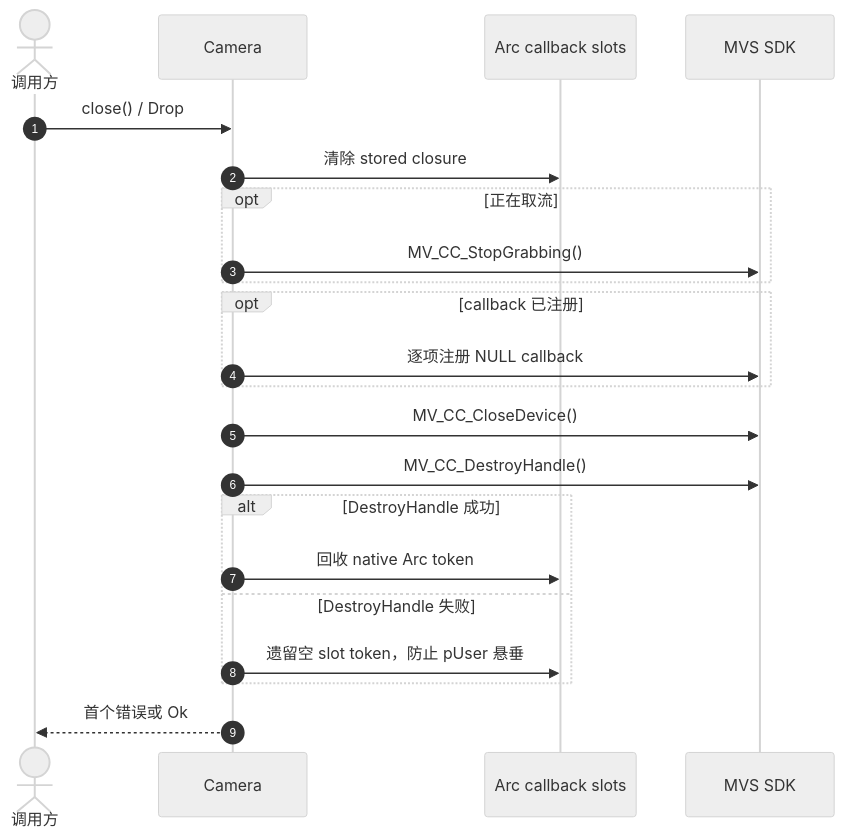
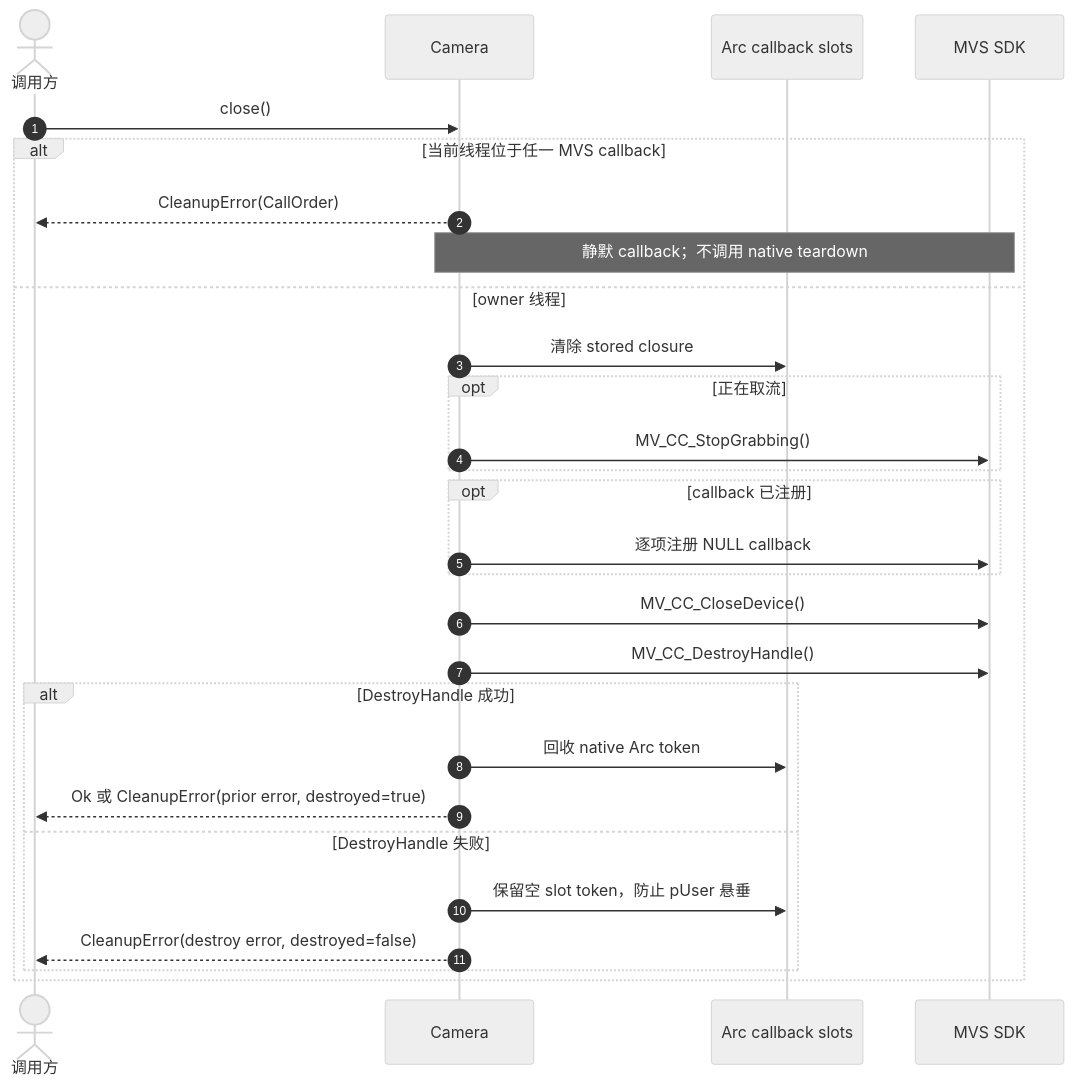
One commit to JSB-Unscarred/mvs-sdk-rs changed the diagram in 时序图/Camera显式关闭与Drop兜底.md. Above: the diagram before and after it, drawn with Mermaid (neutral theme). The commit also changed other lines of this file and 17 other files, not shown here.

````diff
--- a/时序图/Camera显式关闭与Drop兜底.md
+++ b/时序图/Camera显式关闭与Drop兜底.md
@@ -3,25 +3,31 @@
 ```mermaid
 sequenceDiagram
     autonumber
     actor Caller as 调用方
     participant Camera as Camera
     participant Slots as Arc callback slots
     participant Native as MVS SDK
 
-    Caller->>Camera: close() / Drop
-    Camera->>Slots: 清除 stored closure
-    opt 正在取流
-        Camera->>Native: MV_CC_StopGrabbing()
+    Caller->>Camera: close()
+    alt 当前线程位于任一 MVS callback
+        Camera-->>Caller: CleanupError(CallOrder)
+        Note over Camera,Native: 静默 callback；不调用 native teardown
+    else owner 线程
+        Camera->>Slots: 清除 stored closure
+        opt 正在取流
+            Camera->>Native: MV_CC_StopGrabbing()
+        end
+        opt callback 已注册
+            Camera->>Native: 逐项注册 NULL callback
+        end
+        Camera->>Native: MV_CC_CloseDevice()
+        Camera->>Native: MV_CC_DestroyHandle()
+        alt DestroyHandle 成功
+            Camera->>Slots: 回收 native Arc token
+            Camera-->>Caller: Ok 或 CleanupError(prior error, destroyed=true)
+        else DestroyHandle 失败
+            Camera->>Slots: 保留空 slot token，防止 pUser 悬垂
+            Camera-->>Caller: CleanupError(destroy error, destroyed=false)
+        end
     end
-    opt callback 已注册
-        Camera->>Native: 逐项注册 NULL callback
-    end
-    Camera->>Native: MV_CC_CloseDevice()
-    Camera->>Native: MV_CC_DestroyHandle()
-    alt DestroyHandle 成功
-        Camera->>Slots: 回收 native Arc token
-    else DestroyHandle 失败
-        Camera->>Slots: 遗留空 slot token，防止 pUser 悬垂
-    end
-    Camera-->>Caller: 首个错误或 Ok
 ```
````
